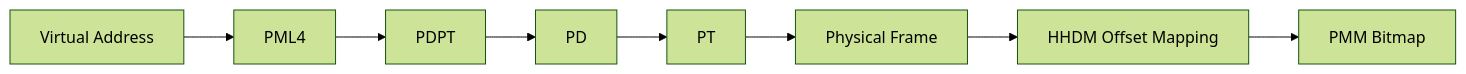
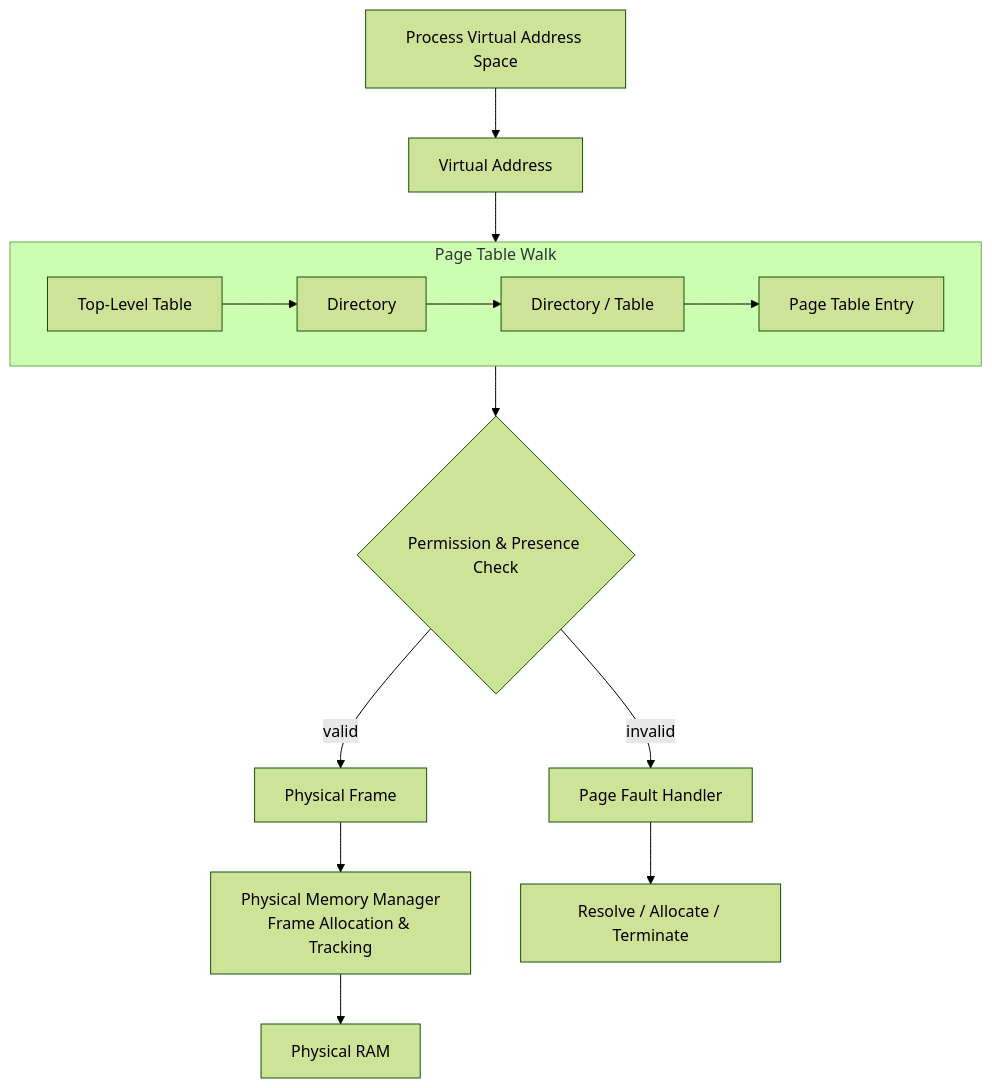
The fourth of 13 diagrams in README.md (aliashrafabbasi/batos-os), drawn with Mermaid (forest theme) before and after one commit. The commit also changed other lines of this file, not shown here.

````diff
--- a/README.md
+++ b/README.md
@@ -150,10 +181,19 @@
 ```mermaid
-flowchart LR
-    VA["Virtual Address"] --> PML4["PML4"]
-    PML4 --> PDPT["PDPT"]
-    PDPT --> PD["PD"]
-    PD --> PT["PT"]
-    PT --> PF["Physical Frame"]
-    PF --> HHDM["HHDM Offset Mapping"]
-    HHDM --> PMM["PMM Bitmap"]
+flowchart TD
+    APP["Process Virtual Address Space"] --> VA["Virtual Address"]
+    VA --> WALK["Page Table Walk"]
+
+    subgraph WALK["Page Table Walk"]
+        direction LR
+        L1["Top-Level Table"] --> L2["Directory"] --> L3["Directory / Table"] --> L4["Page Table Entry"]
+    end
+
+    WALK --> PERM{"Permission & Presence Check"}
+    PERM -->|"valid"| FRAME["Physical Frame"]
+    PERM -->|"invalid"| FAULT["Page Fault Handler"]
+
+    FRAME --> PMMA["Physical Memory Manager<br/>Frame Allocation & Tracking"]
+    PMMA --> RAM["Physical RAM"]
+
+    FAULT --> RESOLVE["Resolve / Allocate / Terminate"]
 ```
````
